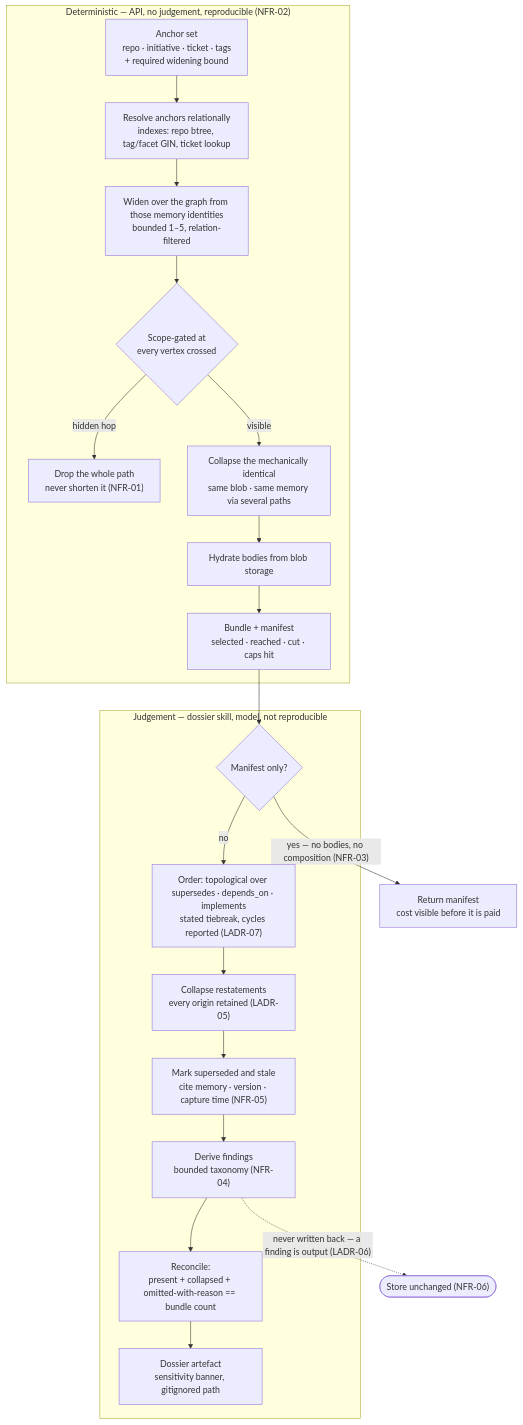
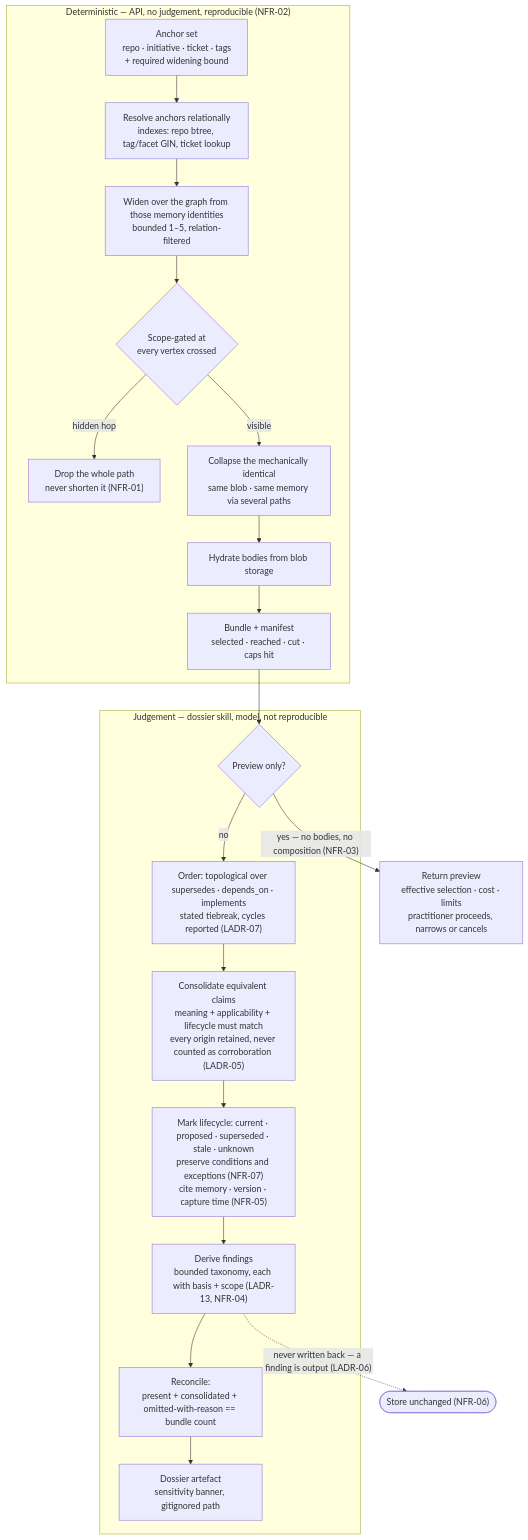
Before and after one commit to generic-automation-and-it/smooth-ai-product-context-memory: the first of 2 diagrams in docs/hlds/005-contextual-export/diagrams/flow-selection-and-composition.md, drawn with Mermaid. The commit also changed other lines of this file and 13 other files, not shown here.

````diff
--- a/docs/hlds/005-contextual-export/diagrams/flow-selection-and-composition.md
+++ b/docs/hlds/005-contextual-export/diagrams/flow-selection-and-composition.md
@@ -10,27 +10,27 @@
 ```mermaid
 flowchart TD
     subgraph deterministic["Deterministic — API, no judgement, reproducible (NFR-02)"]
         A["Anchor set<br/>repo · initiative · ticket · tags<br/>+ required widening bound"]
         A --> B["Resolve anchors relationally<br/>indexes: repo btree, tag/facet GIN, ticket lookup"]
         B --> C["Widen over the graph from those memory identities<br/>bounded 1–5, relation-filtered"]
         C --> D{"Scope-gated at<br/>every vertex crossed"}
         D -->|"hidden hop"| D1["Drop the whole path<br/>never shorten it (NFR-01)"]
         D -->|"visible"| E["Collapse the mechanically identical<br/>same blob · same memory via several paths"]
         E --> F["Hydrate bodies from blob storage"]
         F --> G["Bundle + manifest<br/>selected · reached · cut · caps hit"]
     end
 
-    G --> H{"Manifest only?"}
-    H -->|"yes — no bodies, no composition (NFR-03)"| Z["Return manifest<br/>cost visible before it is paid"]
+    G --> H{"Preview only?"}
+    H -->|"yes — no bodies, no composition (NFR-03)"| Z["Return preview<br/>effective selection · cost · limits<br/>practitioner proceeds, narrows or cancels"]
 
     subgraph judgement["Judgement — dossier skill, model, not reproducible"]
         H -->|"no"| I["Order: topological over supersedes · depends_on · implements<br/>stated tiebreak, cycles reported (LADR-07)"]
-        I --> J["Collapse restatements<br/>every origin retained (LADR-05)"]
-        J --> K["Mark superseded and stale<br/>cite memory · version · capture time (NFR-05)"]
-        K --> L["Derive findings<br/>bounded taxonomy (NFR-04)"]
-        L --> M["Reconcile:<br/>present + collapsed + omitted-with-reason == bundle count"]
+        I --> J["Consolidate equivalent claims<br/>meaning + applicability + lifecycle must match<br/>every origin retained, never counted as corroboration (LADR-05)"]
+        J --> K["Mark lifecycle: current · proposed · superseded · stale · unknown<br/>preserve conditions and exceptions (NFR-07)<br/>cite memory · version · capture time (NFR-05)"]
+        K --> L["Derive findings<br/>bounded taxonomy, each with basis + scope (LADR-13, NFR-04)"]
+        L --> M["Reconcile:<br/>present + consolidated + omitted-with-reason == bundle count"]
         M --> N["Dossier artefact<br/>sensitivity banner, gitignored path"]
     end
 
     L -.->|"never written back — a finding is output (LADR-06)"| X(["Store unchanged (NFR-06)"])
 ```
````
